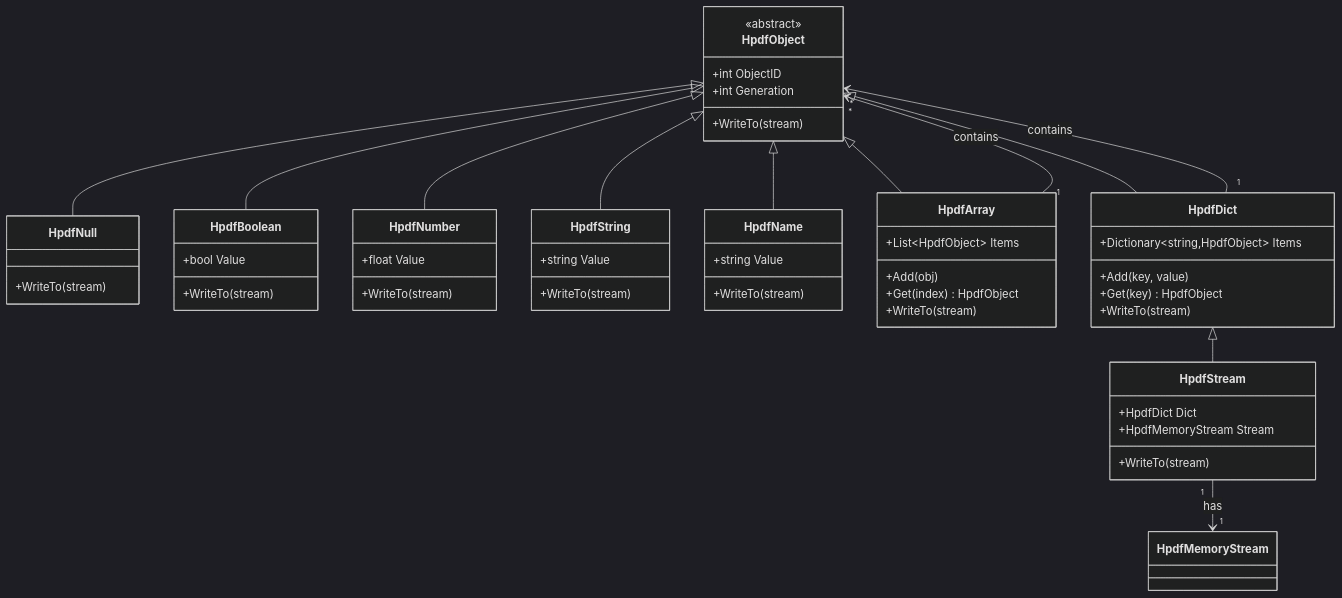
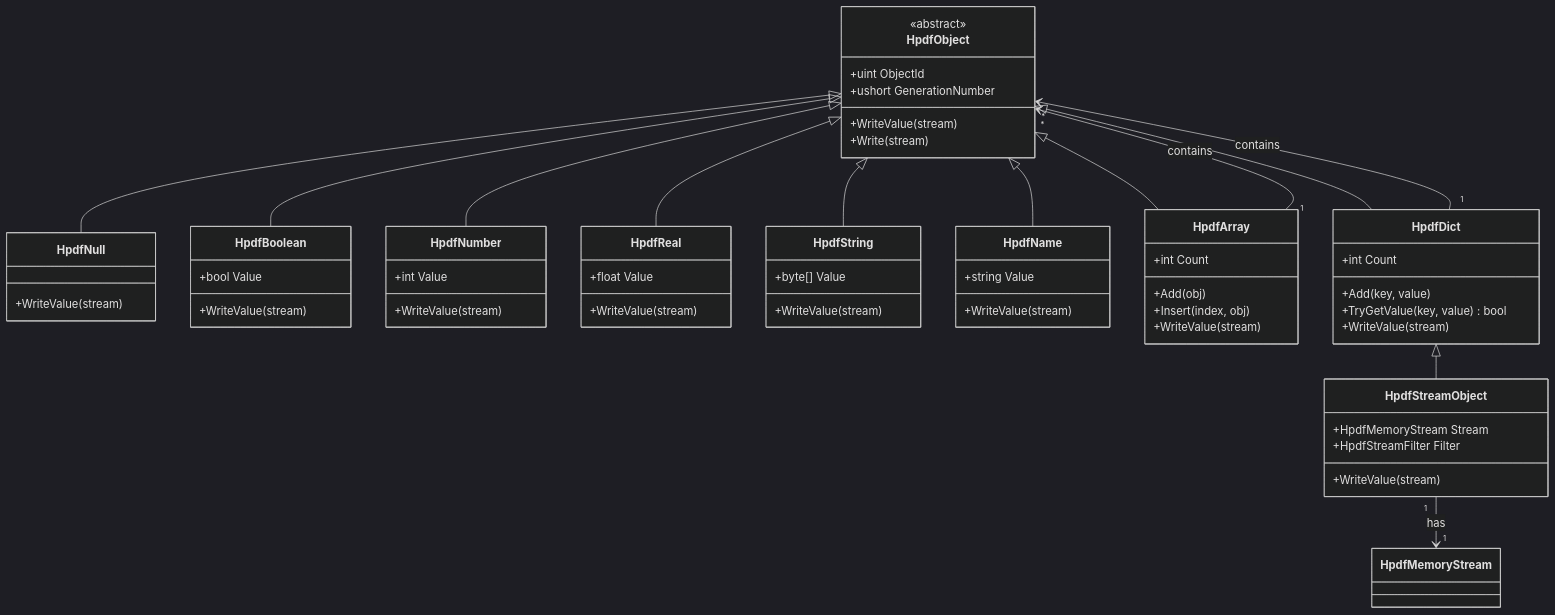
The fifth of 9 diagrams in docs/STRUCTURE.md (nikolaygekht/haru-net-full-port), drawn with Mermaid (dark theme) before and after one commit. The commit also changed other lines of this file and 63 other files, not shown here.

````diff
--- a/docs/STRUCTURE.md
+++ b/docs/STRUCTURE.md
@@ -279,66 +291,73 @@
 ```mermaid
 classDiagram
     class HpdfObject {
         <<abstract>>
-        +int ObjectID
-        +int Generation
-        +WriteTo(stream)
+        +uint ObjectId
+        +ushort GenerationNumber
+        +WriteValue(stream)
+        +Write(stream)
     }
 
     class HpdfNull {
-        +WriteTo(stream)
+        +WriteValue(stream)
     }
 
     class HpdfBoolean {
         +bool Value
-        +WriteTo(stream)
+        +WriteValue(stream)
     }
 
     class HpdfNumber {
+        +int Value
+        +WriteValue(stream)
+    }
+
+    class HpdfReal {
         +float Value
-        +WriteTo(stream)
+        +WriteValue(stream)
     }
 
     class HpdfString {
-        +string Value
-        +WriteTo(stream)
+        +byte[] Value
+        +WriteValue(stream)
     }
 
     class HpdfName {
         +string Value
-        +WriteTo(stream)
+        +WriteValue(stream)
     }
 
     class HpdfArray {
-        +List~HpdfObject~ Items
+        +int Count
         +Add(obj)
-        +Get(index) HpdfObject
-        +WriteTo(stream)
+        +Insert(index, obj)
+        +WriteValue(stream)
     }
 
     class HpdfDict {
-        +Dictionary~string,HpdfObject~ Items
+        +int Count
         +Add(key, value)
-        +Get(key) HpdfObject
-        +WriteTo(stream)
+        +TryGetValue(key, value) bool
+        +WriteValue(stream)
     }
 
-    class HpdfStream {
-        +HpdfDict Dict
+    class HpdfStreamObject {
         +HpdfMemoryStream Stream
-        +WriteTo(stream)
+        +HpdfStreamFilter Filter
+        +WriteValue(stream)
     }
 
     HpdfObject <|-- HpdfNull
     HpdfObject <|-- HpdfBoolean
     HpdfObject <|-- HpdfNumber
+    HpdfObject <|-- HpdfReal
     HpdfObject <|-- HpdfString
     HpdfObject <|-- HpdfName
     HpdfObject <|-- HpdfArray
     HpdfObject <|-- HpdfDict
-    HpdfDict <|-- HpdfStream
+    HpdfDict <|-- HpdfStreamObject
 
     HpdfArray "1" --> "*" HpdfObject : contains
     HpdfDict "1" --> "*" HpdfObject : contains
-    HpdfStream "1" --> "1" HpdfMemoryStream : has
+    HpdfStreamObject "1" --> "1" HpdfMemoryStream : has
 ```
````
